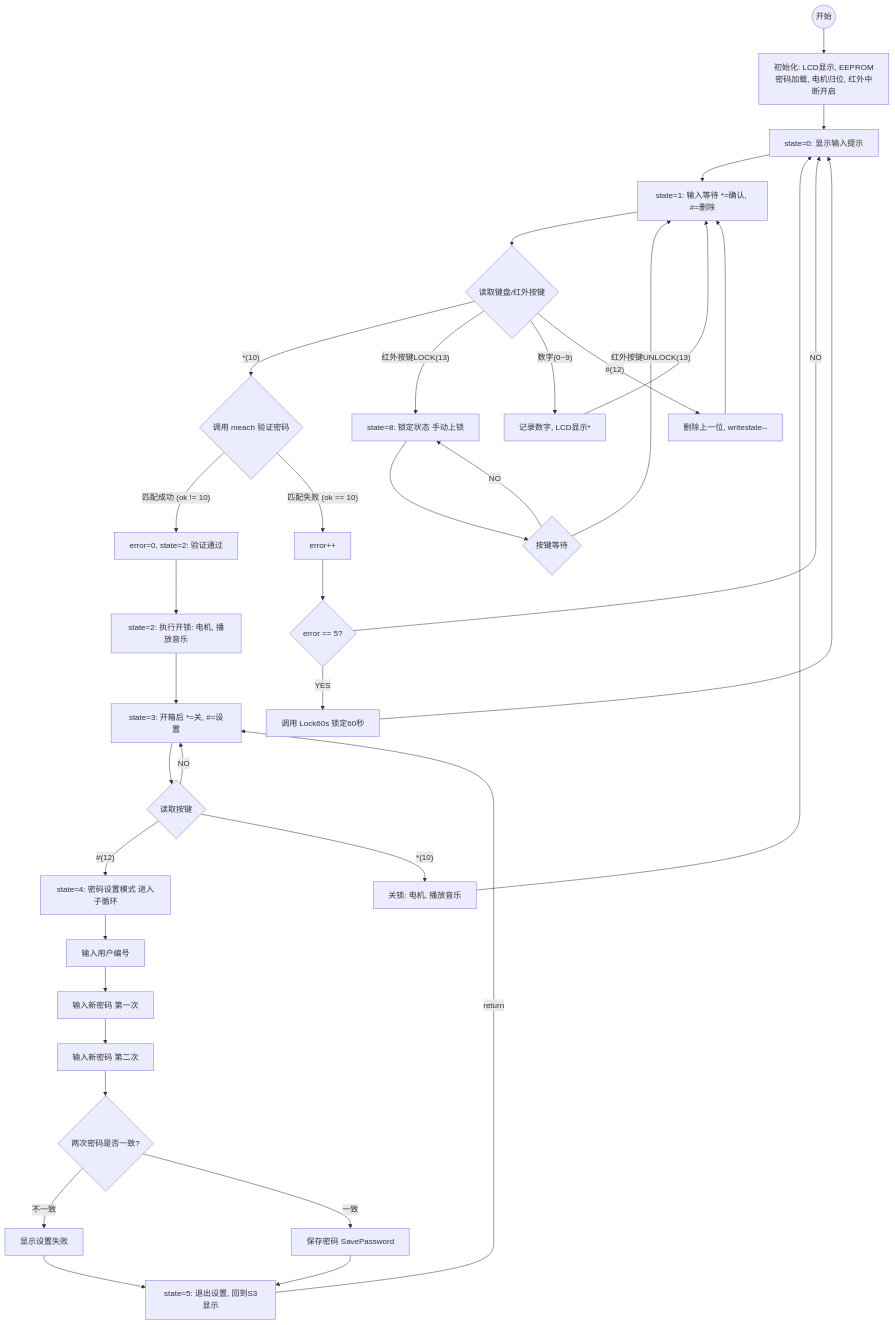
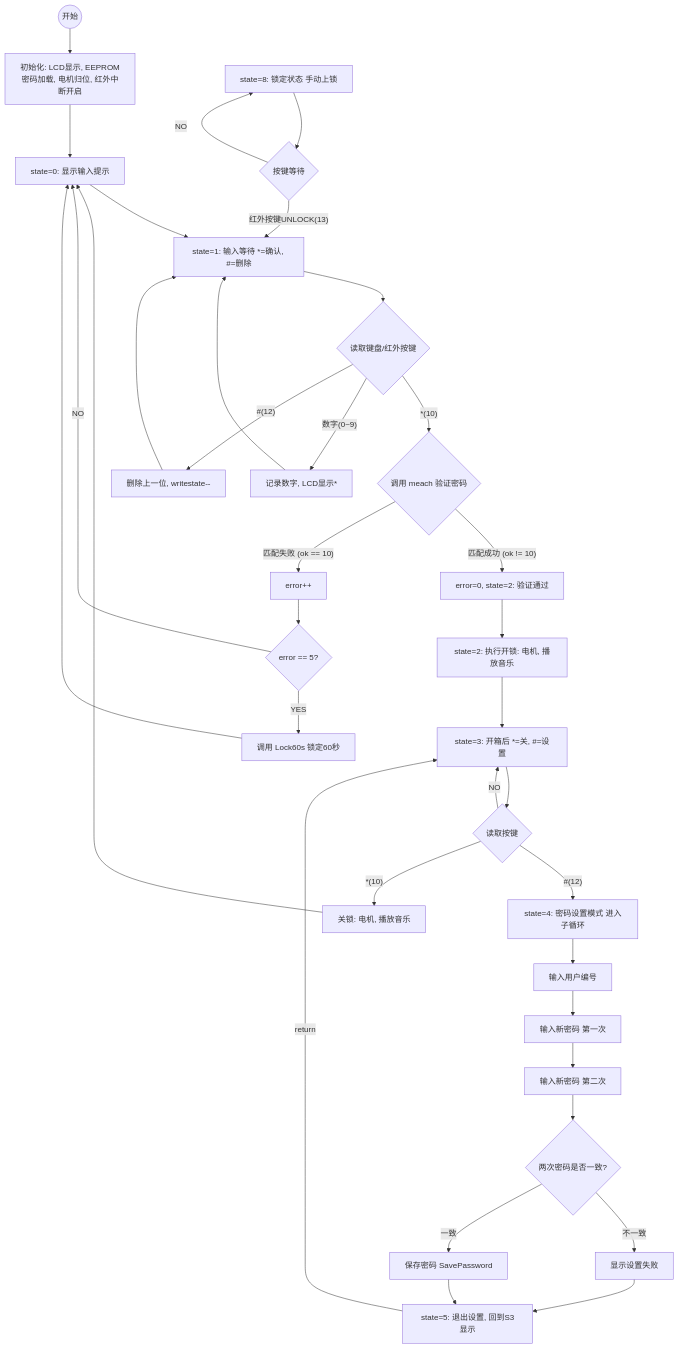
The diagram in all/未命名-2.md (ksxyh-22/iodraw-files), drawn with Mermaid before and after one commit.

Commit message:
2025-10-11 11:24:36 update

````diff
--- a/all/未命名-2.md
+++ b/all/未命名-2.md
@@ -1,76 +1,75 @@
 ```mermaid
 graph TD
     %% 状态机主流程
     START((开始)) --> INIT[初始化: LCD显示, EEPROM密码加载, 电机归位, 红外中断开启];
     INIT --> S0[state=0: 显示输入提示];
 
     %% 状态 1: 密码输入与验证 (主流程)
     S0 --> S1[state=1: 输入等待 *=确认, #=删除];
     
     S1 --> INPUT{读取键盘/红外按键};
     
     %% 验证分支
     INPUT -- *(10) --> VERIFY{调用 meach 验证密码};
 
 
     
 
-    %% 手动锁定 (分支到右侧)
-    INPUT -- 红外按键LOCK(13) --> S8;
+    
 
     %% 处理输入分支
     INPUT -- 数字(0~9) --> DIGIT[记录数字, LCD显示*];
     DIGIT --> S1;
 
     INPUT -- #(12) --> DELETE[删除上一位, writestate--];
     DELETE --> S1;
 
     
     VERIFY -- 匹配成功 (ok != 10) --> S2_SUCCESS[error=0, state=2: 验证通过];
     
     %% 失败和错误处理 (分支到右侧)
     VERIFY -- 匹配失败 (ok == 10) --> ERROR_COUNT[error++];
     
     ERROR_COUNT --> CHECK_ERRORS{error == 5?};
     
     CHECK_ERRORS -- NO --> S0;
 
     CHECK_ERRORS -- YES --> LOCK_60s[调用 Lock60s 锁定60秒];
     LOCK_60s --> S0;
 
     %% 状态 2, 3, 5: 开锁后的操作 (主流程)
     S2_SUCCESS --> S2_OPEN[state=2: 执行开锁: 电机, 播放音乐];
     S2_OPEN --> S3[state=3: 开箱后 *=关, #=设置];
 
     S3 --> POST_KEY{读取按键};
     
     POST_KEY -- NO --> S3;
     
     POST_KEY -- #(12) --> S4[state=4: 密码设置模式 进入子循环];
 
     POST_KEY -- *(10) --> S3_CLOSE[关锁: 电机, 播放音乐];
     S3_CLOSE --> S0;
     
     
 
     %% 状态 4: 密码设置 (子流程)
     S4 --> S4_USER[输入用户编号];
     S4_USER --> S4_PASS1[输入新密码 第一次];
     S4_PASS1 --> S4_PASS2[输入新密码 第二次];
 
     S4_PASS2 --> S4_CHECK{两次密码是否一致?};
     
     S4_CHECK -- 不一致 --> S4_FAIL[显示设置失败];
     S4_FAIL --> S5[state=5: 退出设置, 回到S3显示];
 
     S4_CHECK -- 一致 --> S4_SAVE[保存密码 SavePassword];
     S4_SAVE --> S5;
     
     S5 -- return --> S3; 
     
     %% 状态 8: 锁定状态 (独立循环)
     S8[state=8: 锁定状态 手动上锁] --> S8_WAIT{按键等待};
     
     S8_WAIT -- NO --> S8;
     S8_WAIT -- 红外按键UNLOCK(13) --> S1;
 ```
````
